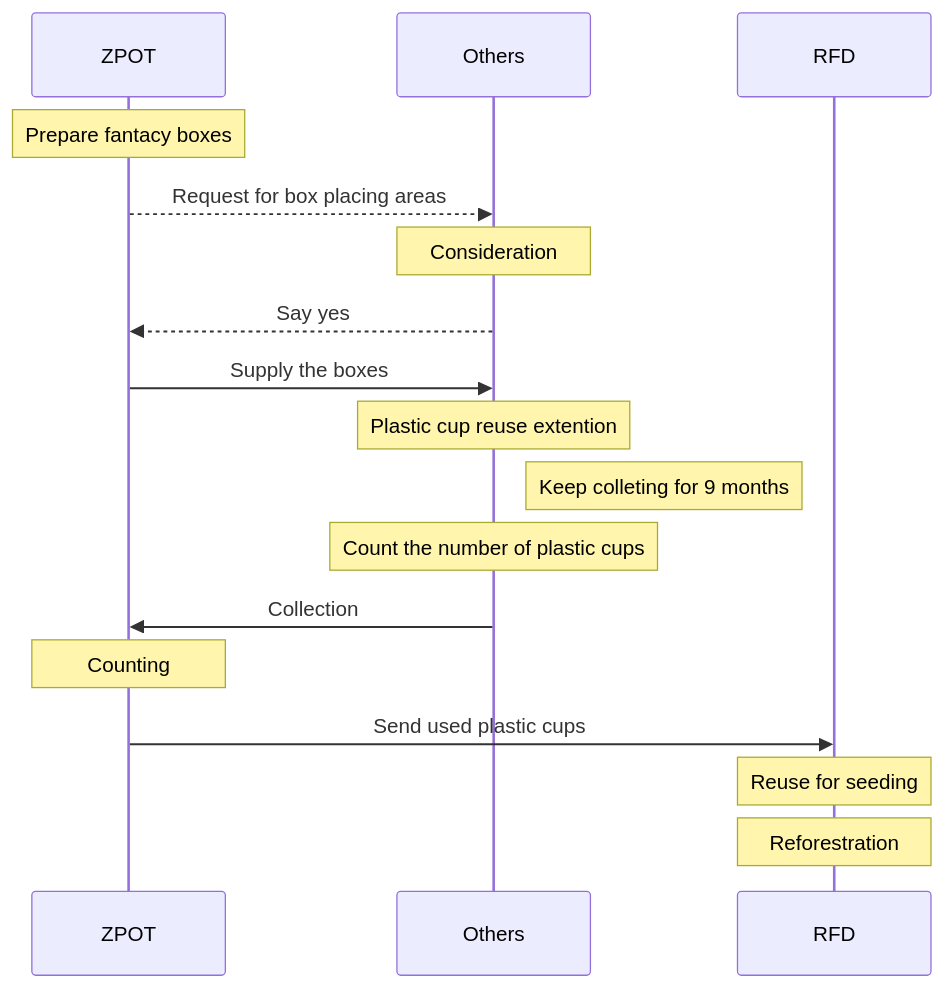
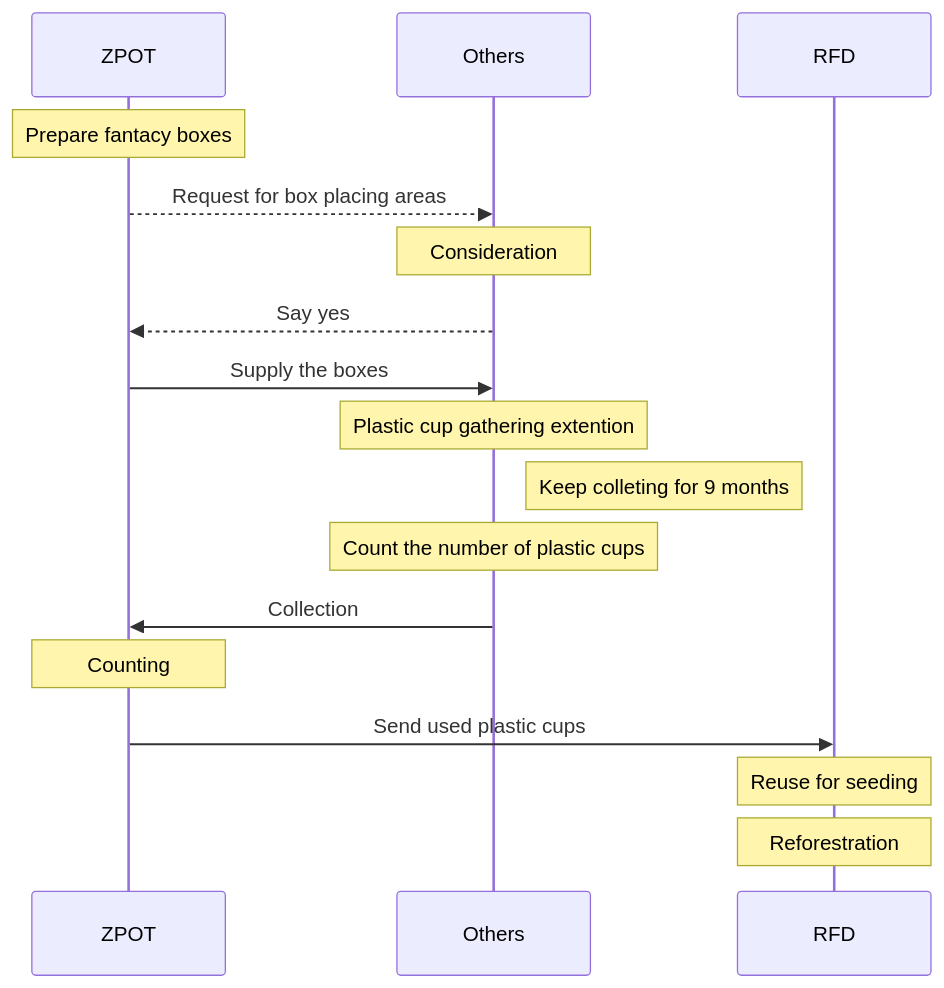
One commit to Kietpawpan/carbon changed the first of 2 diagrams in README.md. Above: the diagram before and after it, drawn with Mermaid.

````diff
--- a/README.md
+++ b/README.md
@@ -9,16 +9,16 @@
 ```mermaid
 sequenceDiagram
     Note over ZPOT: Prepare fantacy boxes  
     ZPOT-->>Others: Request for box placing areas
     Note over Others: Consideration
     Others-->>ZPOT: Say yes
     ZPOT->>Others: Supply the boxes
-    Note over Others: Plastic cup reuse extention
+    Note over Others: Plastic cup gathering extention
     Note right of Others: Keep colleting for 9 months
     Note over Others: Count the number of plastic cups
     Others->>ZPOT: Collection
     Note over ZPOT: Counting
     ZPOT->>RFD: Send used plastic cups
     Note over RFD: Reuse for seeding
     Note over RFD: Reforestration
 ```
````
